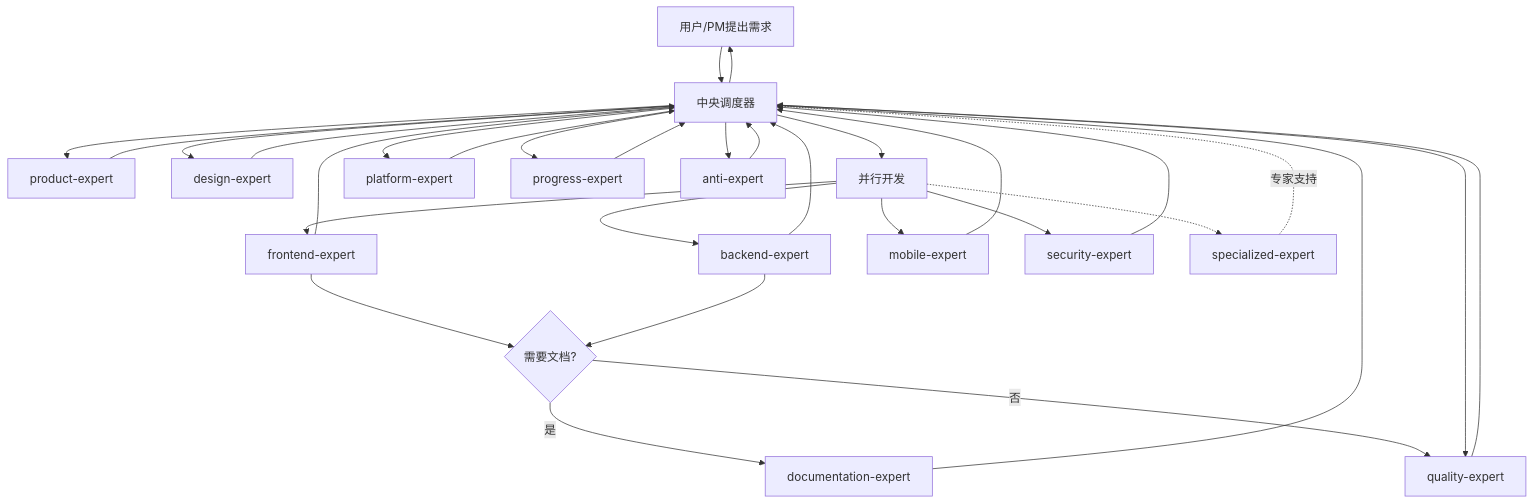
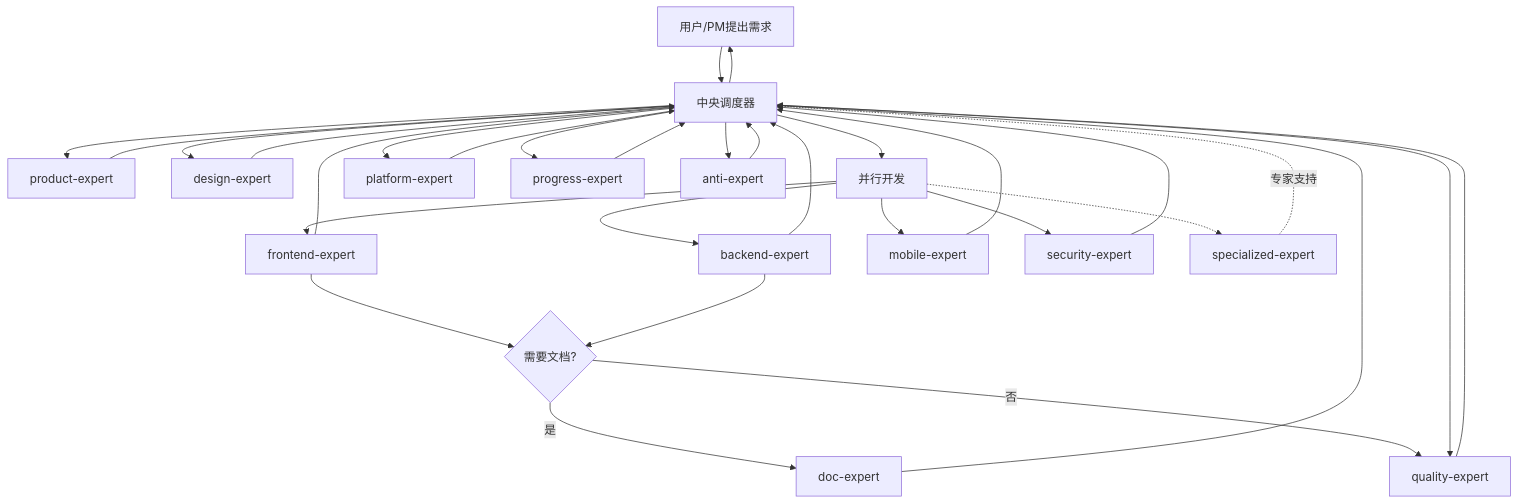
The second of 3 diagrams in skills/use-workflow/SKILL.md (Tooooommy/Trae-Workflow), drawn with Mermaid before and after one commit. The commit also changed other lines of this file and 2 other files, not shown here.

Commit message:
refactor: rename documentation-expert to doc-expert

````diff
--- a/skills/use-workflow/SKILL.md
+++ b/skills/use-workflow/SKILL.md
@@ -79,43 +79,43 @@
 ```mermaid
 flowchart TD
     User[用户/PM提出需求] --> Orchestrator[中央调度器]
 
     Orchestrator --> Product[product-expert]
     Product --> Orchestrator
 
     Orchestrator --> Design[design-expert]
     Design --> Orchestrator
 
     Orchestrator --> ParallelDev[并行开发]
     ParallelDev --> FE[frontend-expert]
     ParallelDev --> BE[backend-expert]
     ParallelDev --> Mobile[mobile-expert]
     ParallelDev --> Security[security-expert]
     ParallelDev -.-> Expert[specialized-expert]
 
     FE --> DocReq{需要文档?}
     BE --> DocReq
-    DocReq -->|是| Doc[documentation-expert]
+    DocReq -->|是| Doc[doc-expert]
     DocReq -->|否| QA
 
     FE --> Orchestrator
     BE --> Orchestrator
     Mobile --> Orchestrator
     Security --> Orchestrator
     Expert -. 专家支持 .-> Orchestrator
     Doc --> Orchestrator
 
     Orchestrator --> QA[quality-expert]
     QA --> Orchestrator
 
     Orchestrator --> Ops[platform-expert]
     Ops --> Orchestrator
 
     Orchestrator --> Progress[progress-expert]
     Progress --> Orchestrator
 
     Orchestrator --> Anti[anti-expert]
     Anti --> Orchestrator
 
     Orchestrator --> User
 ```
````
